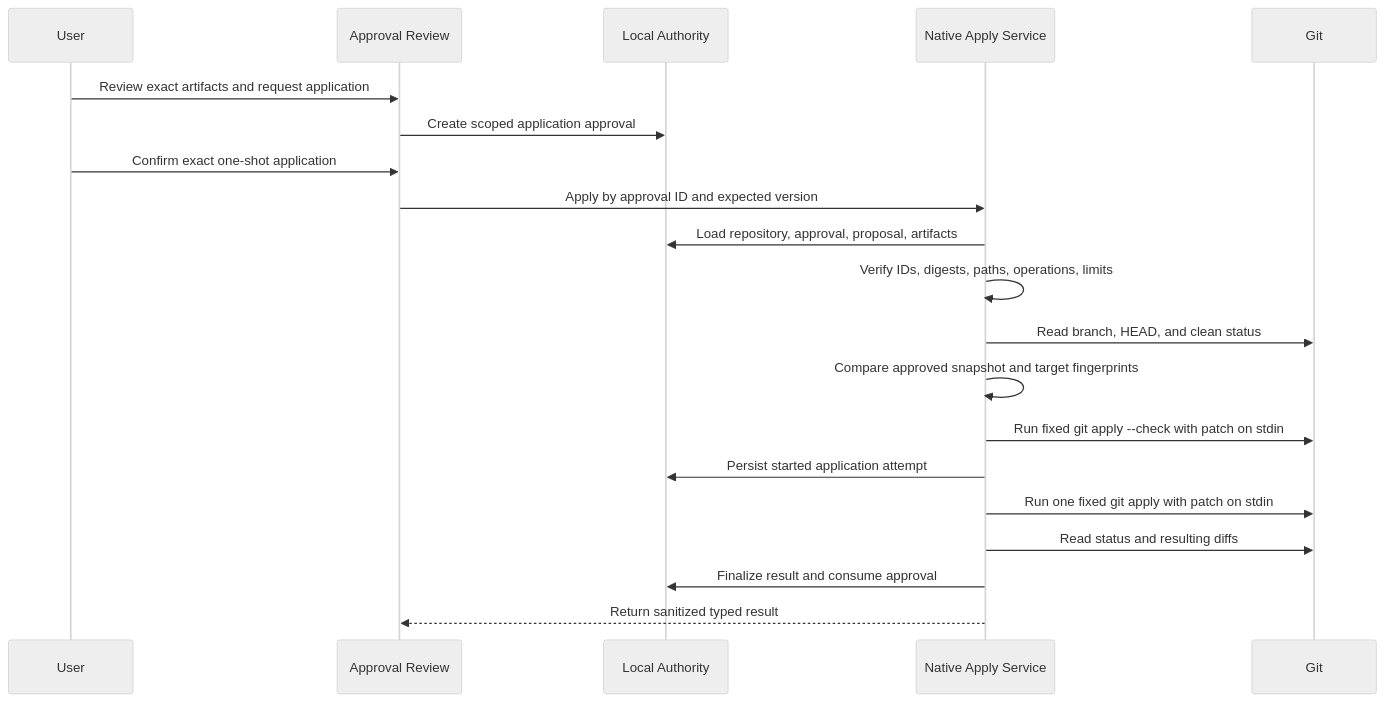
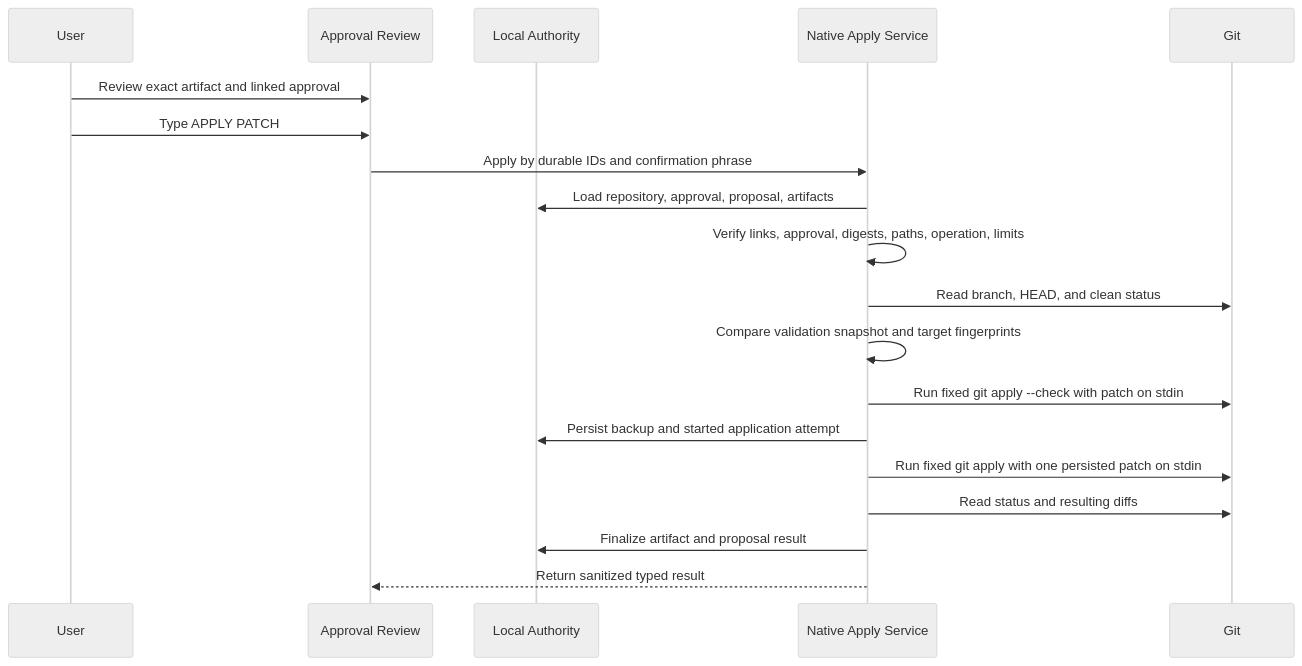
The diagram in docs/security/patch-application-safety.md (sinhasagar01/Airlock-Lab), drawn with Mermaid (neutral theme) before and after one commit. The commit also changed other lines of this file and 20 other files, not shown here.

Commit message:
Add safe single-artifact patch application

````diff
--- a/docs/security/patch-application-safety.md
+++ b/docs/security/patch-application-safety.md
@@ -384,23 +368,22 @@
 ```mermaid
 sequenceDiagram
     participant U as User
     participant UI as Approval Review
     participant DB as Local Authority
     participant N as Native Apply Service
     participant G as Git
 
-    U->>UI: Review exact artifacts and request application
-    UI->>DB: Create scoped application approval
-    U->>UI: Confirm exact one-shot application
-    UI->>N: Apply by approval ID and expected version
+    U->>UI: Review exact artifact and linked approval
+    U->>UI: Type APPLY PATCH
+    UI->>N: Apply by durable IDs and confirmation phrase
     N->>DB: Load repository, approval, proposal, artifacts
-    N->>N: Verify IDs, digests, paths, operations, limits
+    N->>N: Verify links, approval, digests, paths, operation, limits
     N->>G: Read branch, HEAD, and clean status
-    N->>N: Compare approved snapshot and target fingerprints
+    N->>N: Compare validation snapshot and target fingerprints
     N->>G: Run fixed git apply --check with patch on stdin
-    N->>DB: Persist started application attempt
-    N->>G: Run one fixed git apply with patch on stdin
+    N->>DB: Persist backup and started application attempt
+    N->>G: Run fixed git apply with one persisted patch on stdin
     N->>G: Read status and resulting diffs
-    N->>DB: Finalize result and consume approval
+    N->>DB: Finalize artifact and proposal result
     N-->>UI: Return sanitized typed result
 ```
````
